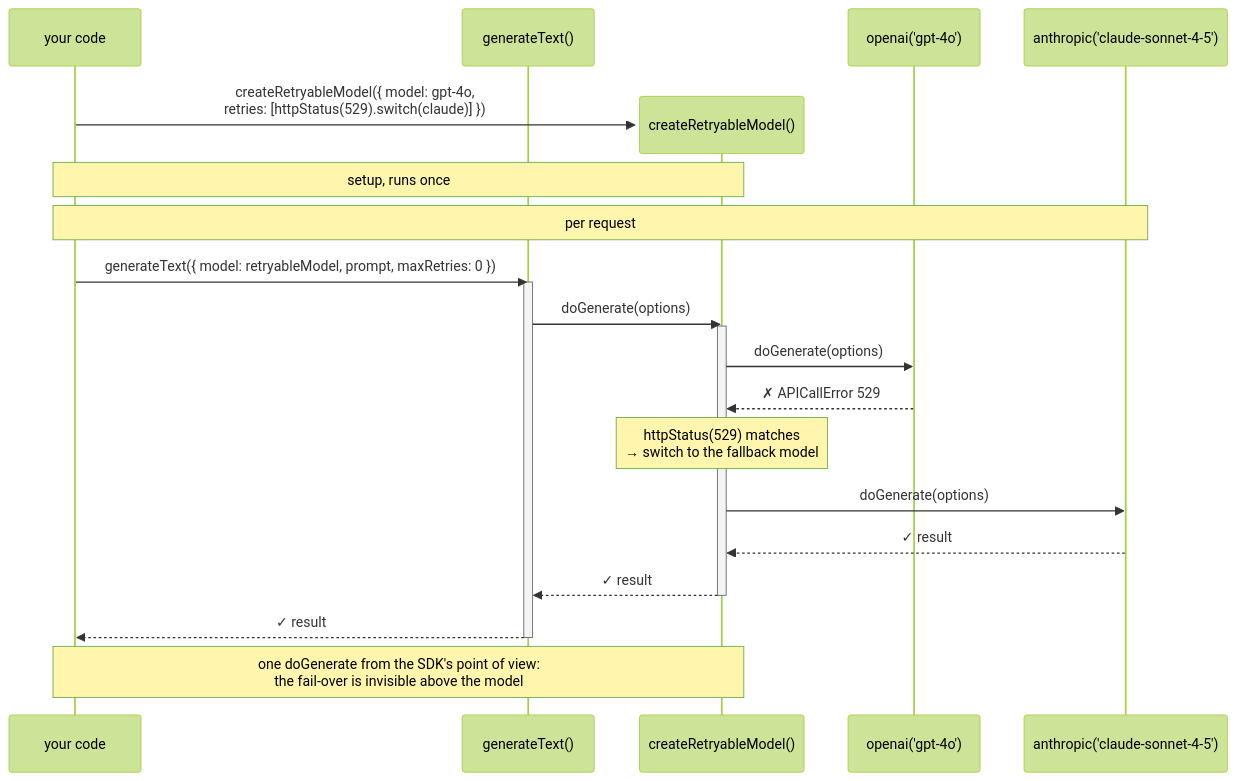
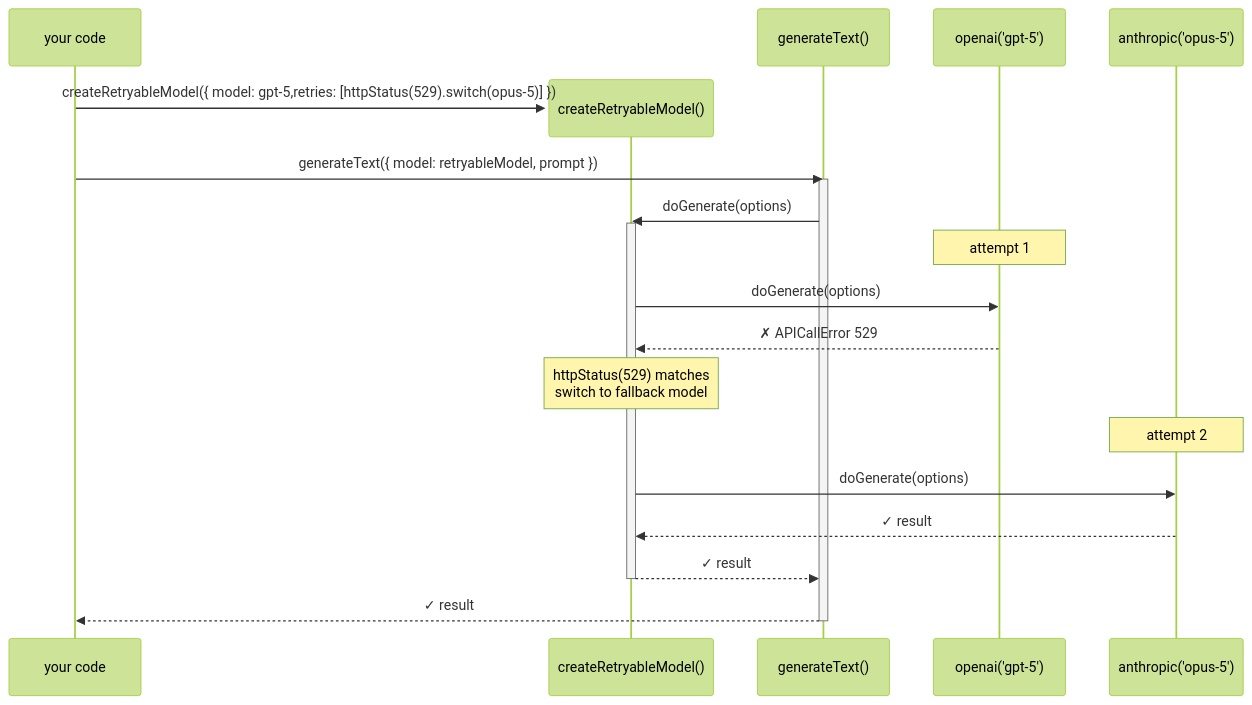
Before and after one commit to zirkelc/ai-retry: the first of 2 diagrams in README.md, drawn with Mermaid (forest theme). The commit also changed other lines of this file, not shown here.

````diff
--- a/README.md
+++ b/README.md
@@ -33,30 +33,29 @@
 ```mermaid
 sequenceDiagram
     participant You as your code
+    create participant RM as createRetryableModel()
     participant SDK as generateText()
-    create participant RM as createRetryableModel()
-    You->>RM: createRetryableModel({ model: gpt-4o,<br/>retries: [httpStatus(529).switch(claude)] })
-    participant M as openai('gpt-4o')
-    participant F as anthropic('claude-sonnet-4-5')
-    Note over You,RM: setup, runs once
+  
+    You->>RM: createRetryableModel({ model: gpt-5,retries: [httpStatus(529).switch(opus-5)] })
+    participant M as openai('gpt-5')
+    participant F as anthropic('opus-5')
 
-    Note over You,F: per request
-    You->>SDK: generateText({ model: retryableModel, prompt, maxRetries: 0 })
+    You->>SDK: generateText({ model: retryableModel, prompt })
     activate SDK
     SDK->>RM: doGenerate(options)
     activate RM
 
+    Note over M: attempt 1
     RM->>M: doGenerate(options)
     M-->>RM: ✗ APICallError 529
-    Note over RM: httpStatus(529) matches<br/>→ switch to the fallback model
+    Note over RM: httpStatus(529) matches<br/>switch to fallback model
 
+    Note over F: attempt 2
     RM->>F: doGenerate(options)
     F-->>RM: ✓ result
 
     RM-->>SDK: ✓ result
     deactivate RM
     SDK-->>You: ✓ result
     deactivate SDK
-
-    Note over You,RM: one doGenerate from the SDK's point of view:<br/>the fail-over is invisible above the model
 ```
````
